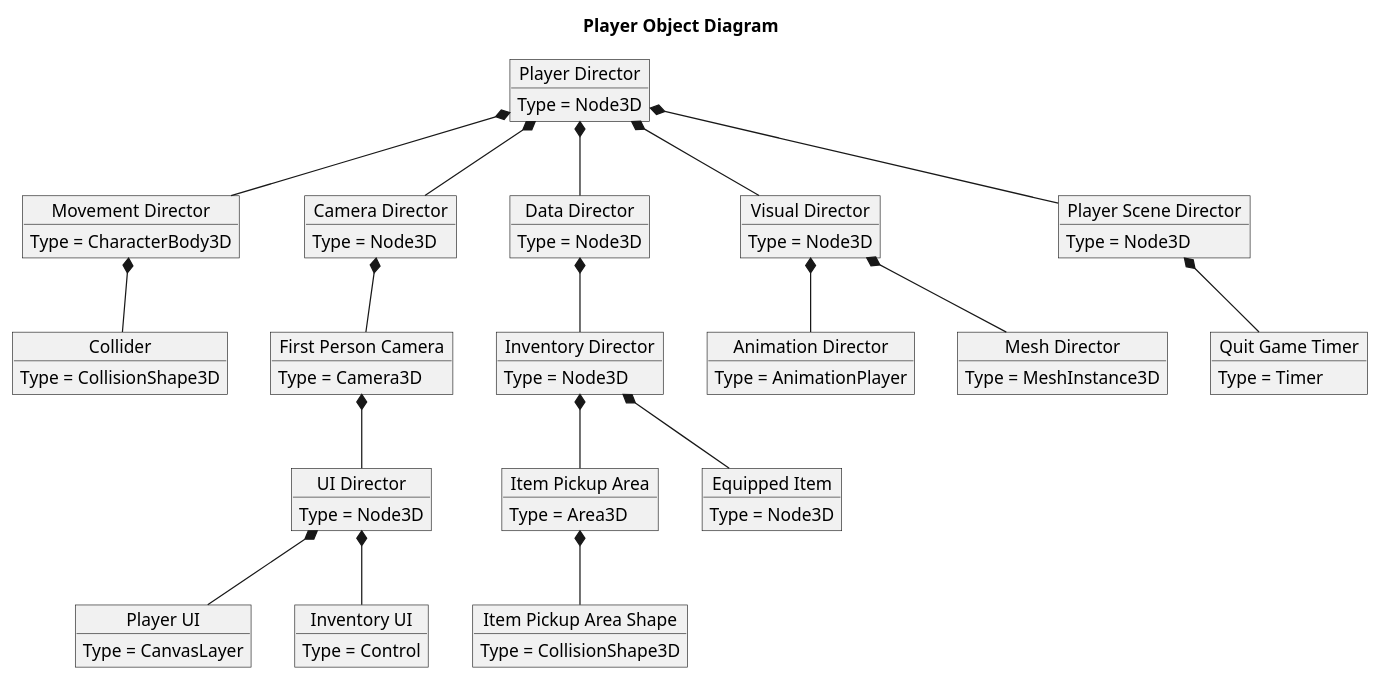
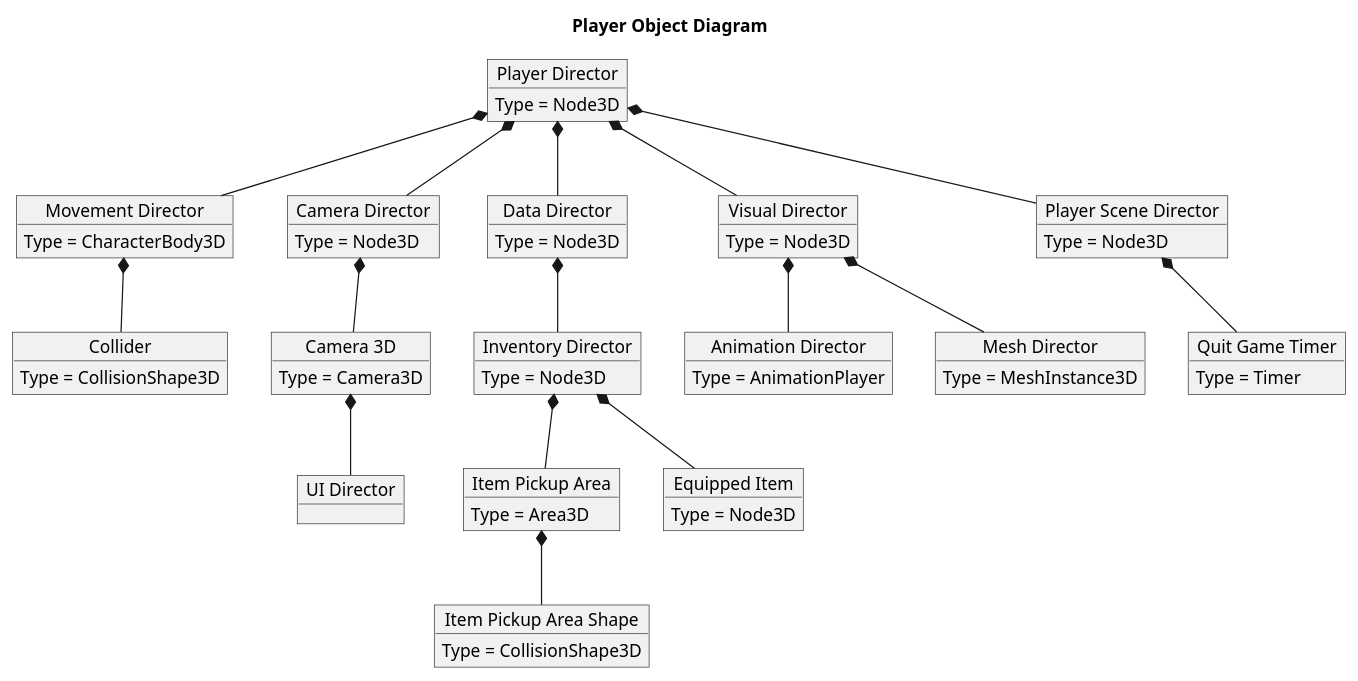
The diagram in Godot-Project/UML-Diagrams/src/Player-Object.puml (kjtkanaly/Roguelike-Shoot-Em-Up), drawn with PlantUML before and after one commit. The commit also changed 2 other files, not shown here.

Commit message:
Added a uml diagram file for the player classes. Will update later

```diff
--- a/Godot-Project/UML-Diagrams/src/Player-Object.puml
+++ b/Godot-Project/UML-Diagrams/src/Player-Object.puml
@@ -1,62 +1,55 @@
 @startuml Player Object
 
 title Player Object Diagram
 
 object "Player Director" as Player
 
 object "Movement Director" as Movement
-object "Camera Director" as Camera
+object "Camera Director" as CameraDir
 object "Data Director" as Data
 object "Visual Director" as Visual
 object "Collider" as Collider
-object "First Person Camera" as FPS
-object "UI Director" as UI_Director
-object "Player UI" as PlayerUI
-object "Inventory UI" as InventoryUI
+object "Camera 3D" as Camera
+object "UI Director" as UIDir
 object "Animation Director" as Animation
 object "Mesh Director" as Mesh
 object "Inventory Director" as InventoryDir
 object "Item Pickup Area" as PickupArea
 object "Item Pickup Area Shape" as PickupShape
 object "Equipped Item" as EquippedItem
 object "Player Scene Director" as SceneDir
 object "Quit Game Timer" as QuitTimer
 
 Player : Type = Node3D
 Movement : Type = CharacterBody3D
-Camera : Type = Node3D
+CameraDir : Type = Node3D
 Data : Type = Node3D
 Visual : Type = Node3D
 Collider : Type = CollisionShape3D
-FPS : Type = Camera3D
-UI_Director : Type = Node3D
-PlayerUI : Type = CanvasLayer
-InventoryUI : Type = Control
+Camera : Type = Camera3D
 Animation : Type = AnimationPlayer
 Mesh : Type = MeshInstance3D
 InventoryDir : Type = Node3D
 PickupArea : Type = Area3D
 PickupShape : Type = CollisionShape3D
 EquippedItem : Type = Node3D
 SceneDir : Type = Node3D
 QuitTimer : Type = Timer
 
 Player *-- Movement
-Player *-- Camera
+Player *-- CameraDir
 Player *-- Data
 Player *-- Visual
 Movement *-- Collider
-Camera *-- FPS
-FPS *-- UI_Director
-UI_Director *-- PlayerUI
-UI_Director *-- InventoryUI
+CameraDir *-- Camera
+Camera *-- UIDir
 Visual *-- Animation
 Visual *-- Mesh
 Data *-- InventoryDir
 InventoryDir *-- PickupArea
 PickupArea *-- PickupShape
 InventoryDir *-- EquippedItem
 Player *-- SceneDir
 SceneDir *-- QuitTimer
 
 @enduml
```
